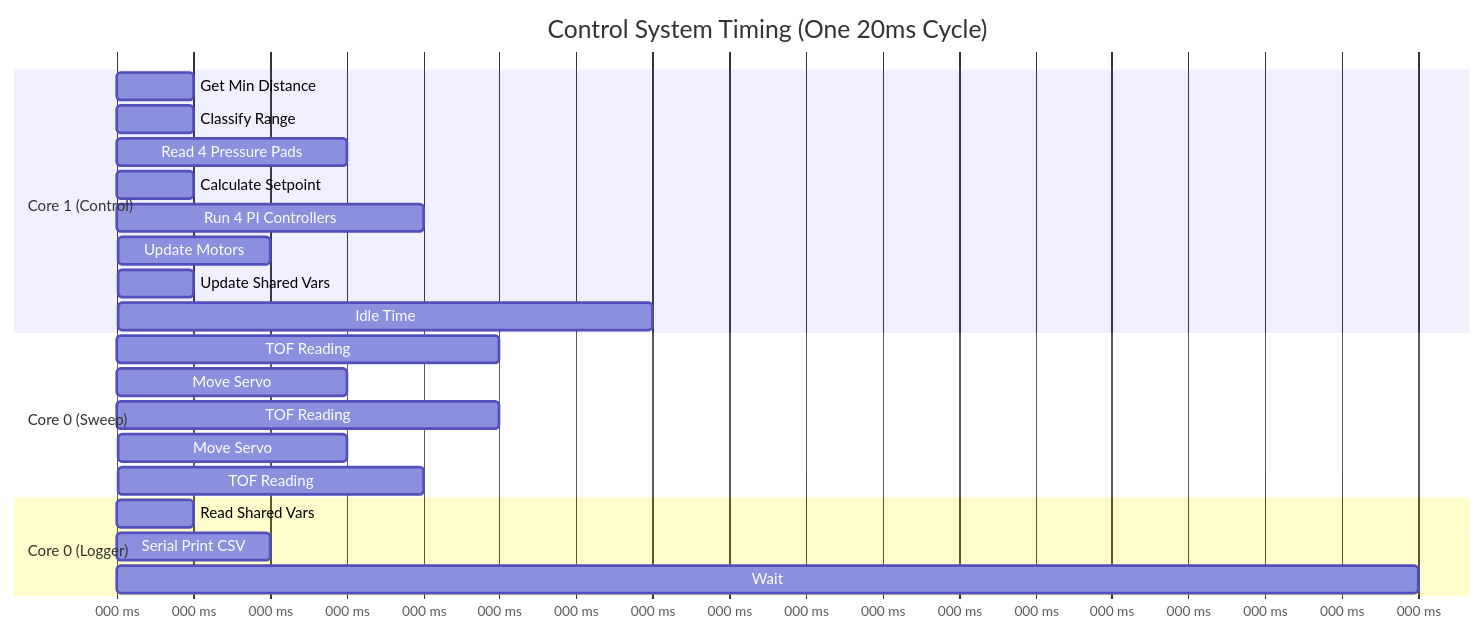
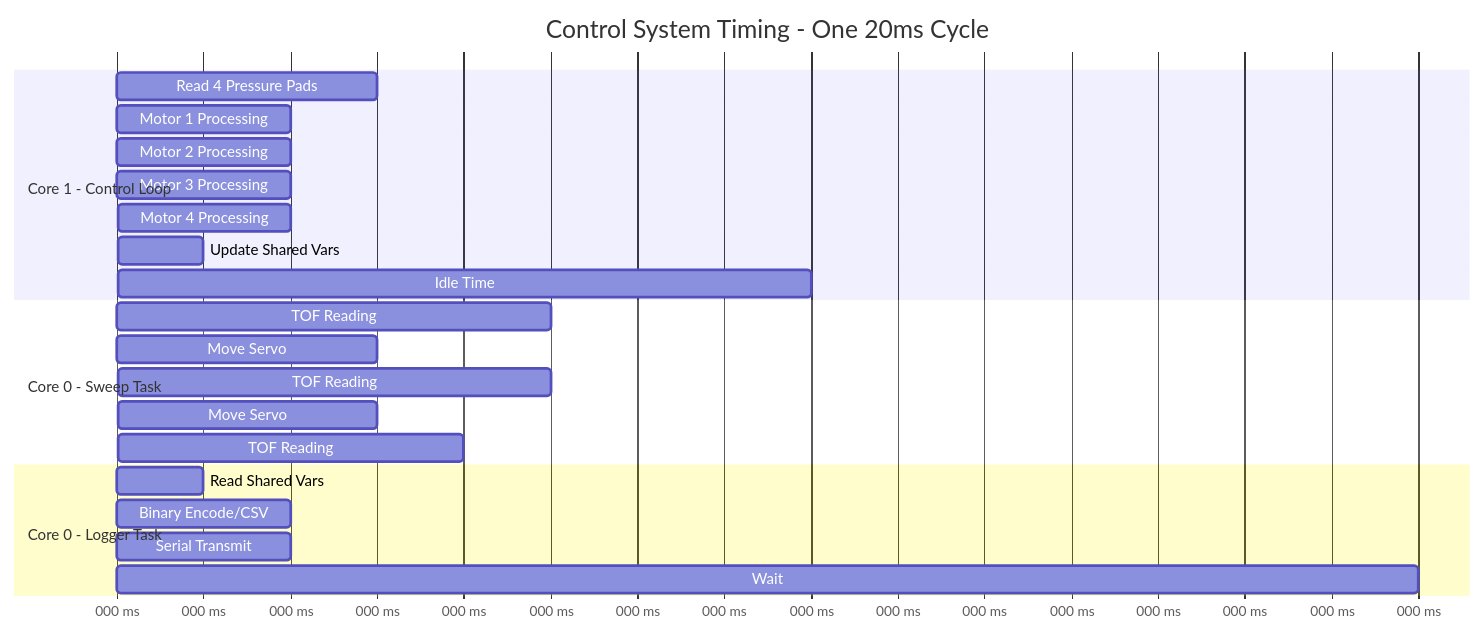
Before and after one commit to raseone19/ME-410: the sixth of 8 diagrams in docs/architecture.md, drawn with Mermaid. The commit also changed other lines of this file and 12 other files, not shown here.

````diff
--- a/docs/architecture.md
+++ b/docs/architecture.md
@@ -266,28 +312,28 @@
 ```mermaid
 gantt
-    title Control System Timing (One 20ms Cycle)
+    title Control System Timing - One 20ms Cycle
     dateFormat X
     axisFormat %L ms
 
-    section Core 1 (Control)
-    Get Min Distance    :0, 1
-    Classify Range      :1, 1
-    Read 4 Pressure Pads:2, 3
-    Calculate Setpoint  :5, 1
-    Run 4 PI Controllers:6, 4
-    Update Motors       :10, 2
-    Update Shared Vars  :12, 1
-    Idle Time           :13, 7
+    section Core 1 - Control Loop
+    Read 4 Pressure Pads:0, 3
+    Motor 1 Processing  :3, 2
+    Motor 2 Processing  :5, 2
+    Motor 3 Processing  :7, 2
+    Motor 4 Processing  :9, 2
+    Update Shared Vars  :11, 1
+    Idle Time           :12, 8
 
-    section Core 0 (Sweep)
+    section Core 0 - Sweep Task
     TOF Reading         :0, 5
     Move Servo          :5, 3
     TOF Reading         :8, 5
     Move Servo          :13, 3
     TOF Reading         :16, 4
 
-    section Core 0 (Logger)
+    section Core 0 - Logger Task
     Read Shared Vars    :0, 1
-    Serial Print CSV    :1, 2
-    Wait                :3, 17
+    Binary Encode/CSV   :1, 2
+    Serial Transmit     :3, 2
+    Wait                :5, 15
 ```
````
